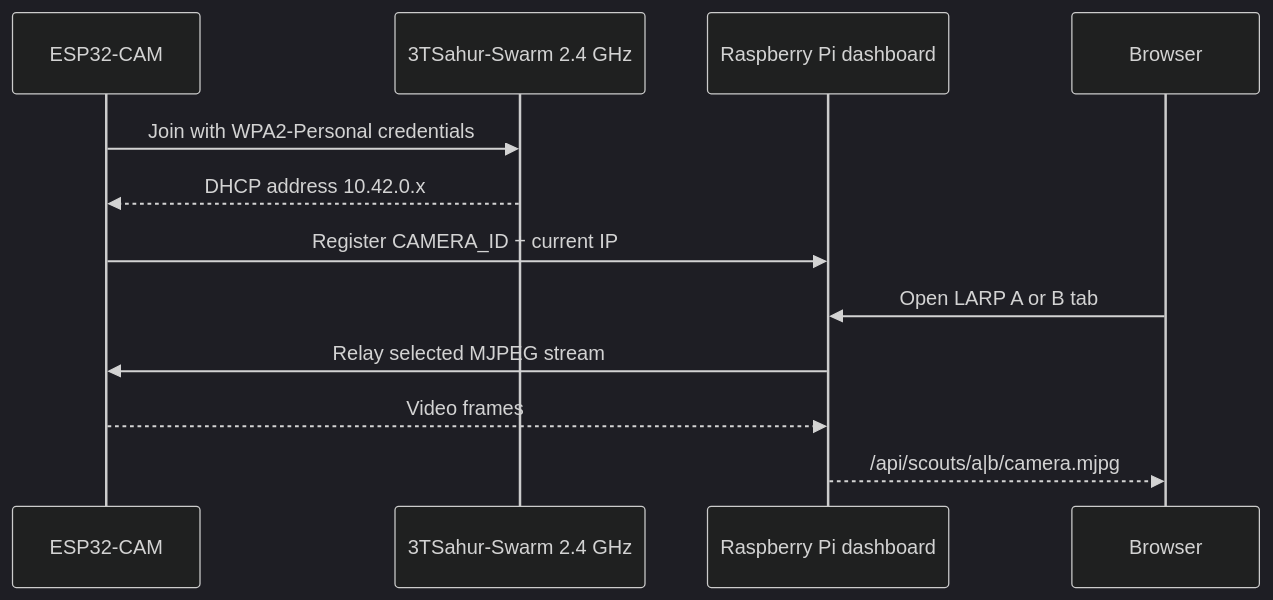
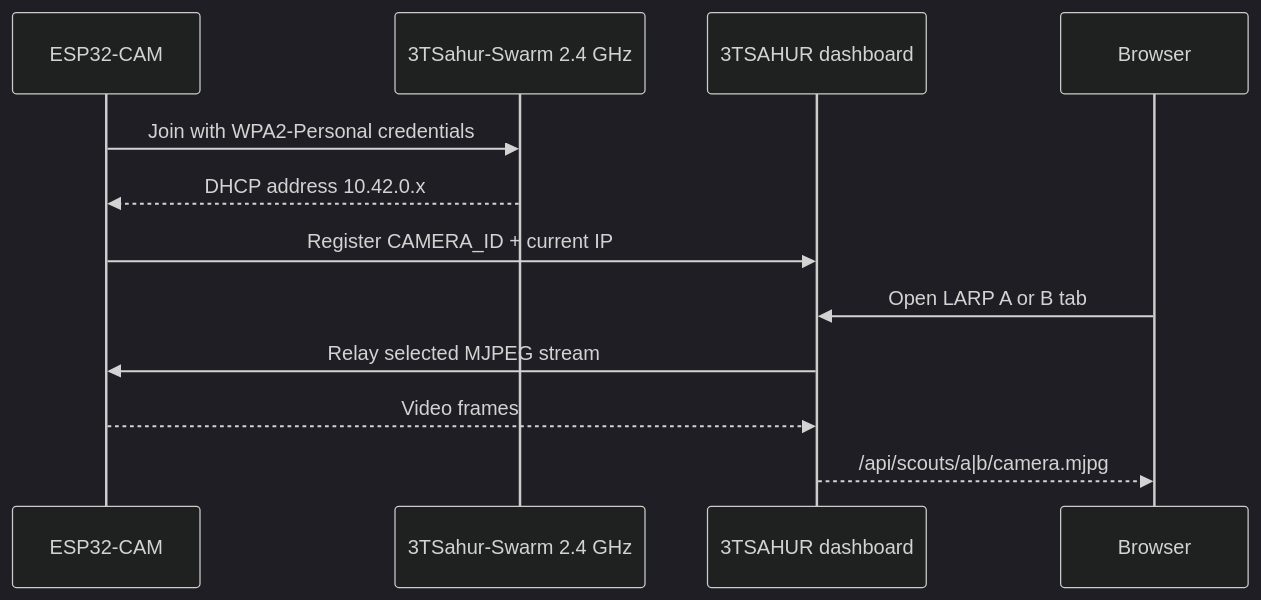
One commit to william-thompsonthe1st/STEM-Research-Academy changed the sixth of 9 diagrams in README.md. Above: the diagram before and after it, drawn with Mermaid (dark theme). The commit also changed other lines of this file, not shown here.

Commit message:
docs: add 3TSAHUR and LARP mission naming

````diff
--- a/README.md
+++ b/README.md
@@ -214,14 +225,14 @@
 ```mermaid
 sequenceDiagram
     participant CAM as ESP32-CAM
     participant WIFI as 3TSahur-Swarm 2.4 GHz
-    participant PI as Raspberry Pi dashboard
+    participant HUB as 3TSAHUR dashboard
     participant WEB as Browser
     CAM->>WIFI: Join with WPA2-Personal credentials
     WIFI-->>CAM: DHCP address 10.42.0.x
-    CAM->>PI: Register CAMERA_ID + current IP
-    WEB->>PI: Open LARP A or B tab
-    PI->>CAM: Relay selected MJPEG stream
-    CAM-->>PI: Video frames
-    PI-->>WEB: /api/scouts/a|b/camera.mjpg
+    CAM->>HUB: Register CAMERA_ID + current IP
+    WEB->>HUB: Open LARP A or B tab
+    HUB->>CAM: Relay selected MJPEG stream
+    CAM-->>HUB: Video frames
+    HUB-->>WEB: /api/scouts/a|b/camera.mjpg
 ```
````
